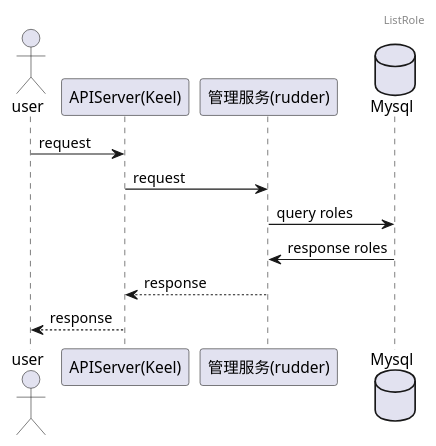
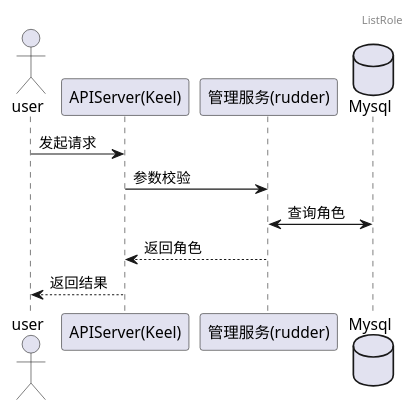
The second of 10 diagrams in docs/api/appendix/plantuml/user-manager-tenant.md (tkeel-io/docs), drawn with PlantUML before and after one commit. The commit also changed other lines of this file and 2 other files, not shown here.

````diff
--- a/docs/api/appendix/plantuml/user-manager-tenant.md
+++ b/docs/api/appendix/plantuml/user-manager-tenant.md
@@ -29,16 +29,14 @@
 ```plantuml
-
+@startuml
 header ListRole
-
 actor user
 participant "APIServer(Keel)"  as keel
 participant "管理服务(rudder)" as TenantService
 database Mysql
-user->keel:request
-keel->TenantService:request
-TenantService->Mysql:query roles
-Mysql->TenantService: response roles
-TenantService-->keel:response
-keel-->user:response
-
+user->keel:发起请求
+keel->TenantService:参数校验
+TenantService<->Mysql:查询角色
+TenantService-->keel:返回角色
+keel-->user:返回结果
+@enduml
 ```
````
